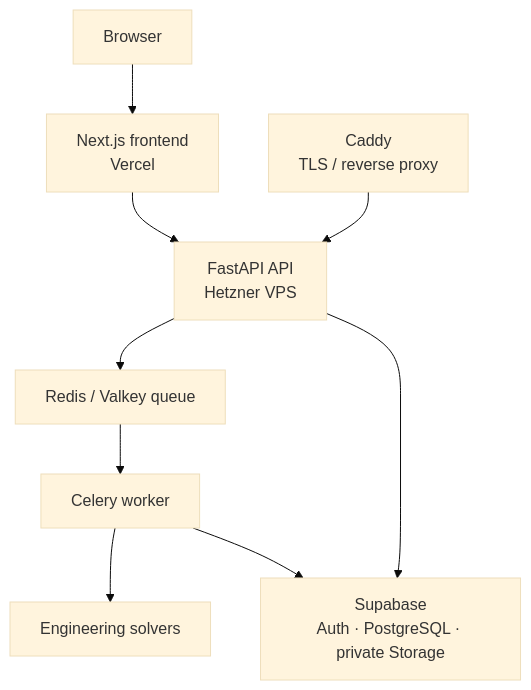
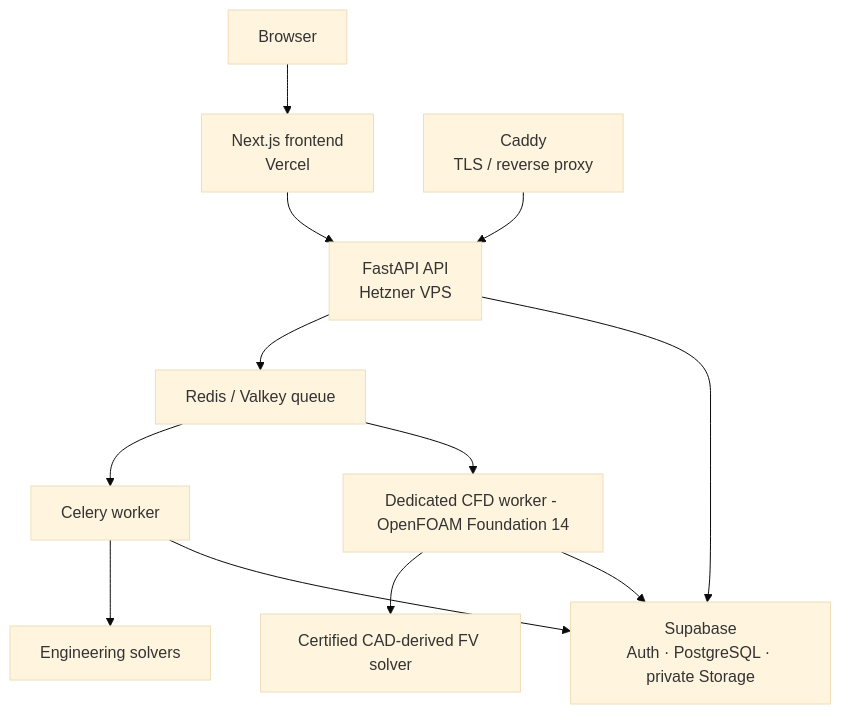
One commit to eslammohamed2009b-a11y/ASRE-LAB changed the diagram in README.md. Above: the diagram before and after it, drawn with Mermaid (base theme). The commit also changed other lines of this file and 18 other files, not shown here.

````diff
--- a/README.md
+++ b/README.md
@@ -75,11 +75,14 @@
 ```mermaid
 flowchart TD
     B[Browser] --> F[Next.js frontend\nVercel]
     F --> A[FastAPI API\nHetzner VPS]
     A --> Q[Redis / Valkey queue]
     Q --> W[Celery worker]
+    Q --> CFW[Dedicated CFD worker - OpenFOAM Foundation 14]
     W --> S[Engineering solvers]
+    CFW --> CFD[Certified CAD-derived FV solver]
     A --> DB[Supabase\nAuth · PostgreSQL · private Storage]
     W --> DB
+    CFW --> DB
     C[Caddy\nTLS / reverse proxy] --> A
 ```
````
